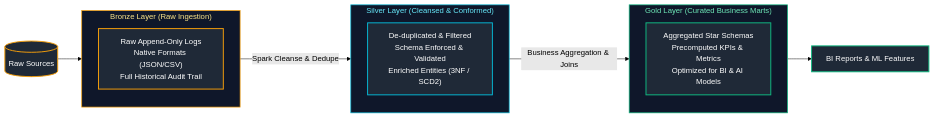
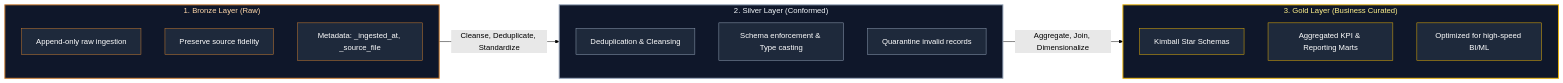
The seventh of 30 diagrams in Data Engineering/06_data_architecture_and_modeling.md (joydeep-biswas/Interview-Preparation), drawn with Mermaid (forest theme) before and after one commit. The commit also changed other lines of this file and 143 other files, not shown here.

````diff
--- a/Data Engineering/06_data_architecture_and_modeling.md
+++ b/Data Engineering/06_data_architecture_and_modeling.md
@@ -325,29 +370,39 @@
 ```mermaid
 flowchart LR
-    subgraph BronzeTier ["Bronze Layer (Raw Ingestion)"]
-        B["Raw Append-Only Logs<br/>Native Formats (JSON/CSV)<br/>Full Historical Audit Trail"]
+    subgraph Bronze ["1. Bronze Layer (Raw)"]
+        direction TB
+        B1["Append-only raw ingestion"]
+        B2["Preserve source fidelity"]
+        B3["Metadata: _ingested_at, _source_file"]
     end
 
-    subgraph SilverTier ["Silver Layer (Cleansed & Conformed)"]
-        S["De-duplicated & Filtered<br/>Schema Enforced & Validated<br/>Enriched Entities (3NF / SCD2)"]
+    subgraph Silver ["2. Silver Layer (Conformed)"]
+        direction TB
+        S1["Deduplication & Cleansing"]
+        S2["Schema enforcement & Type casting"]
+        S3["Quarantine invalid records"]
     end
 
-    subgraph GoldTier ["Gold Layer (Curated Business Marts)"]
-        G["Aggregated Star Schemas<br/>Precomputed KPIs & Metrics<br/>Optimized for BI & AI Models"]
+    subgraph Gold ["3. Gold Layer (Business Curated)"]
+        direction TB
+        G1["Kimball Star Schemas"]
+        G2["Aggregated KPI & Reporting Marts"]
+        G3["Optimized for high-speed BI/ML"]
     end
 
-    RawFiles[(Raw Sources)] --> BronzeTier
-    BronzeTier -->|Spark Cleanse & Dedupe| SilverTier
-    SilverTier -->|Business Aggregation & Joins| GoldTier
-    GoldTier --> Dashboards[BI Reports & ML Features]
+    Bronze -->|"Cleanse, Deduplicate, Standardize"| Silver
+    Silver -->|"Aggregate, Join, Dimensionalize"| Gold
 
-    style BronzeTier fill:#0f172a,stroke:#f59e0b,stroke-width:1.5px,color:#fde68a
-    style SilverTier fill:#0f172a,stroke:#06b6d4,stroke-width:1.5px,color:#67e8f9
-    style GoldTier fill:#0f172a,stroke:#10b981,stroke-width:1.5px,color:#6ee7b7
-
-    style RawFiles fill:#1f2937,stroke:#f59e0b,stroke-width:2px,color:#fff
-    style B fill:#1f2937,stroke:#f59e0b,stroke-width:2px,color:#fff
-    style S fill:#1f2937,stroke:#06b6d4,stroke-width:2px,color:#fff
-    style G fill:#1f2937,stroke:#10b981,stroke-width:2px,color:#fff
-    style Dashboards fill:#1f2937,stroke:#10b981,stroke-width:2px,color:#fff
+    style Bronze fill:#0f172a,stroke:#cd7f32,stroke-width:2px,color:#fed7aa
+    style Silver fill:#0f172a,stroke:#94a3b8,stroke-width:2px,color:#f1f5f9
+    style Gold fill:#0f172a,stroke:#eab308,stroke-width:2px,color:#fef08a
+    style B1 fill:#1e293b,stroke:#cd7f32,stroke-width:1px,color:#fff
+    style B2 fill:#1e293b,stroke:#cd7f32,stroke-width:1px,color:#fff
+    style B3 fill:#1e293b,stroke:#cd7f32,stroke-width:1px,color:#fff
+    style S1 fill:#1e293b,stroke:#94a3b8,stroke-width:1px,color:#fff
+    style S2 fill:#1e293b,stroke:#94a3b8,stroke-width:1px,color:#fff
+    style S3 fill:#1e293b,stroke:#94a3b8,stroke-width:1px,color:#fff
+    style G1 fill:#1e293b,stroke:#eab308,stroke-width:1px,color:#fff
+    style G2 fill:#1e293b,stroke:#eab308,stroke-width:1px,color:#fff
+    style G3 fill:#1e293b,stroke:#eab308,stroke-width:1px,color:#fff
 ```
````
